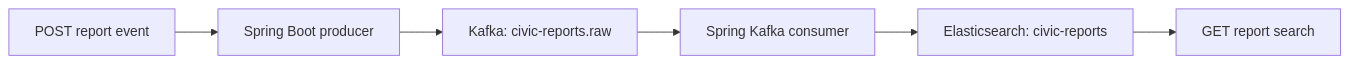
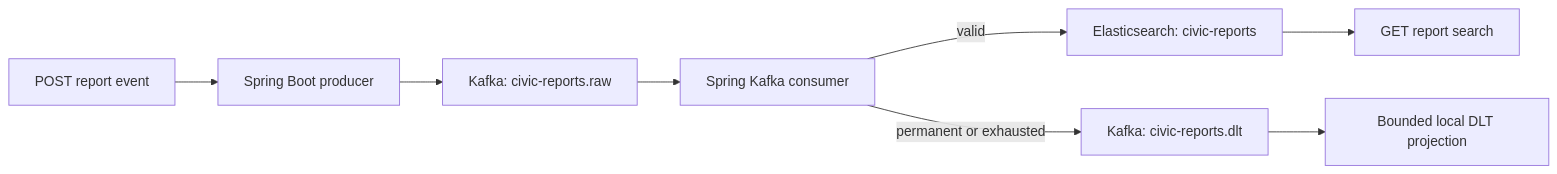
One commit to salahooo/CivicSignalNL changed the diagram in docs/architecture.md. Above: the diagram before and after it, drawn with Mermaid. The commit also changed other lines of this file and 26 other files, not shown here.

````diff
--- a/docs/architecture.md
+++ b/docs/architecture.md
@@ -3,8 +3,10 @@
 ```mermaid
 flowchart LR
     A[POST report event] --> B[Spring Boot producer]
     B --> C[Kafka: civic-reports.raw]
     C --> D[Spring Kafka consumer]
-    D --> E[Elasticsearch: civic-reports]
+    D -->|valid| E[Elasticsearch: civic-reports]
+    D -->|permanent or exhausted| G[Kafka: civic-reports.dlt]
+    G --> H[Bounded local DLT projection]
     E --> F[GET report search]
 ```
````
